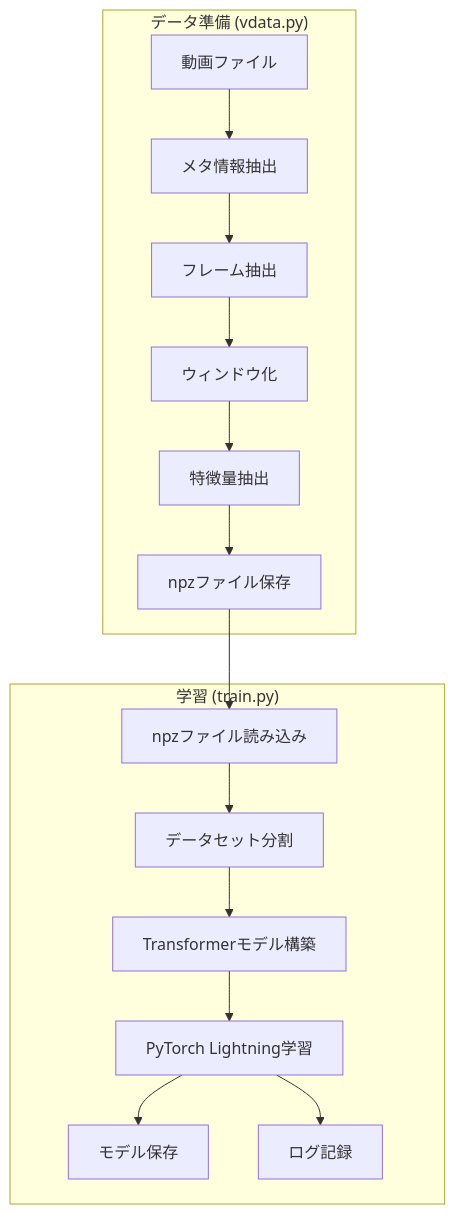
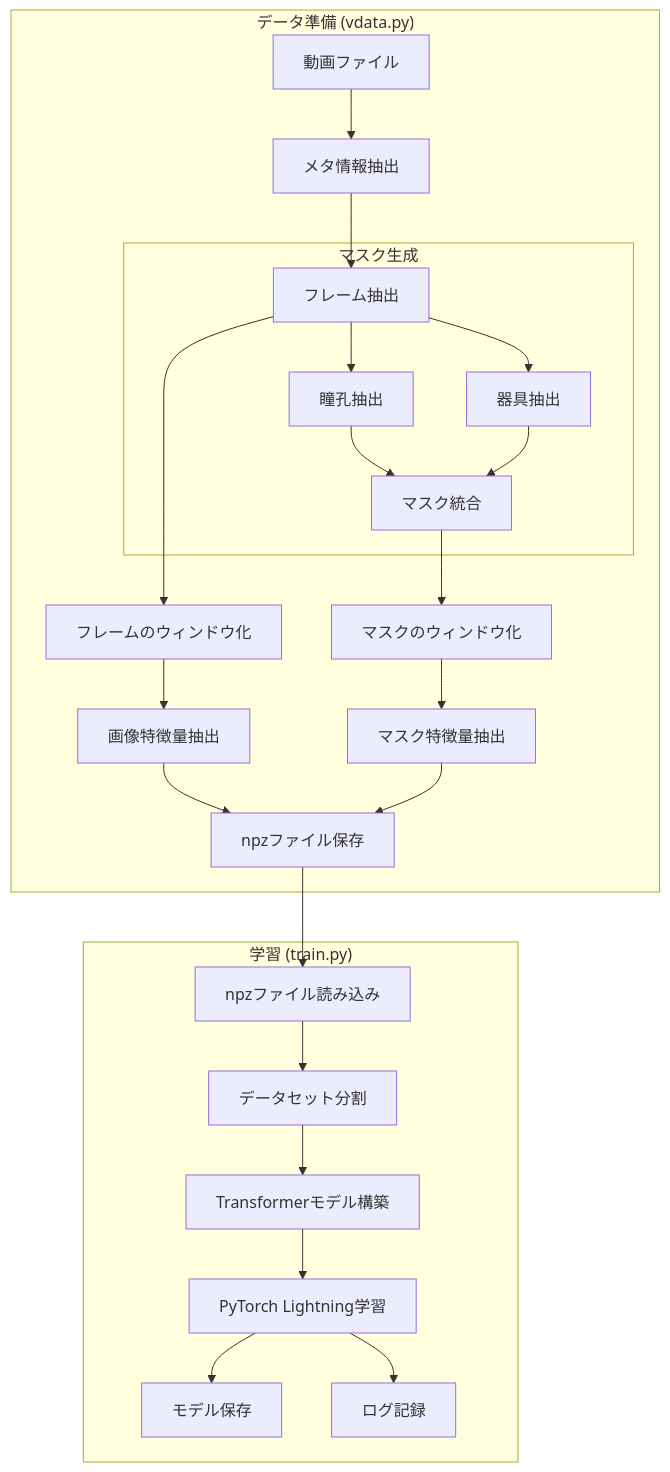
The diagram in README.md (ibi-lab/aptos2025-001), drawn with Mermaid before and after one commit. The commit also changed other lines of this file and 3 other files, not shown here.

````diff
--- a/README.md
+++ b/README.md
@@ -19,19 +19,32 @@
 ```mermaid
 graph TD
     subgraph "データ準備 (vdata.py)"
         A[動画ファイル] --> B[メタ情報抽出]
         B --> C[フレーム抽出]
-        C --> D[ウィンドウ化]
-        D --> E[特徴量抽出]
-        E --> F[npzファイル保存]
+
+        subgraph "マスク生成"
+            C --> D1[瞳孔抽出]
+            C --> D2[器具抽出]
+            D1 --> D3[マスク統合]
+            D2 --> D3
+        end
+
+        C --> E1[フレームのウィンドウ化]
+        D3 --> E2[マスクのウィンドウ化]
+        
+        E1 --> F1[画像特徴量抽出]
+        E2 --> F2[マスク特徴量抽出]
+        
+        F1 --> G[npzファイル保存]
+        F2 --> G
     end
 
     subgraph "学習 (train.py)"
-        F --> G[npzファイル読み込み]
-        G --> H[データセット分割]
-        H --> I[Transformerモデル構築]
-        I --> J[PyTorch Lightning学習]
-        J --> K[モデル保存]
-        J --> L[ログ記録]
+        G --> H[npzファイル読み込み]
+        H --> I[データセット分割]
+        I --> J[Transformerモデル構築]
+        J --> K[PyTorch Lightning学習]
+        K --> L[モデル保存]
+        K --> M[ログ記録]
     end
 ```
````
